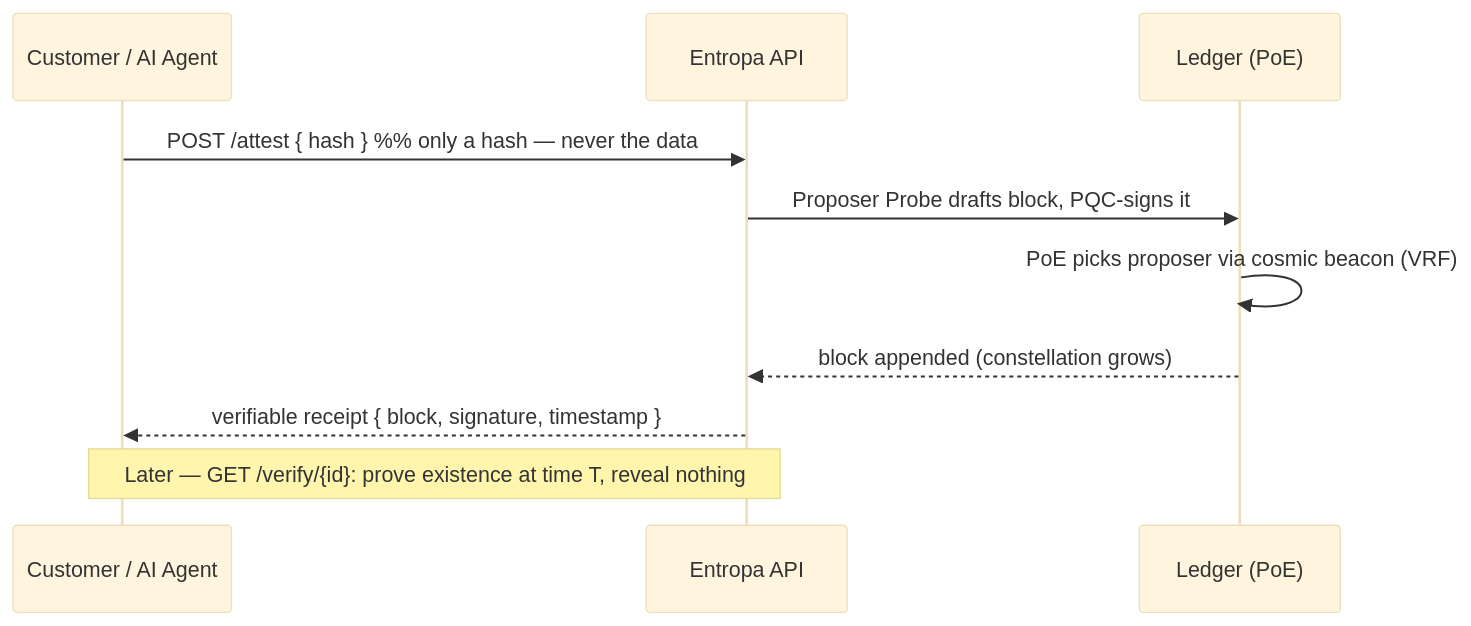
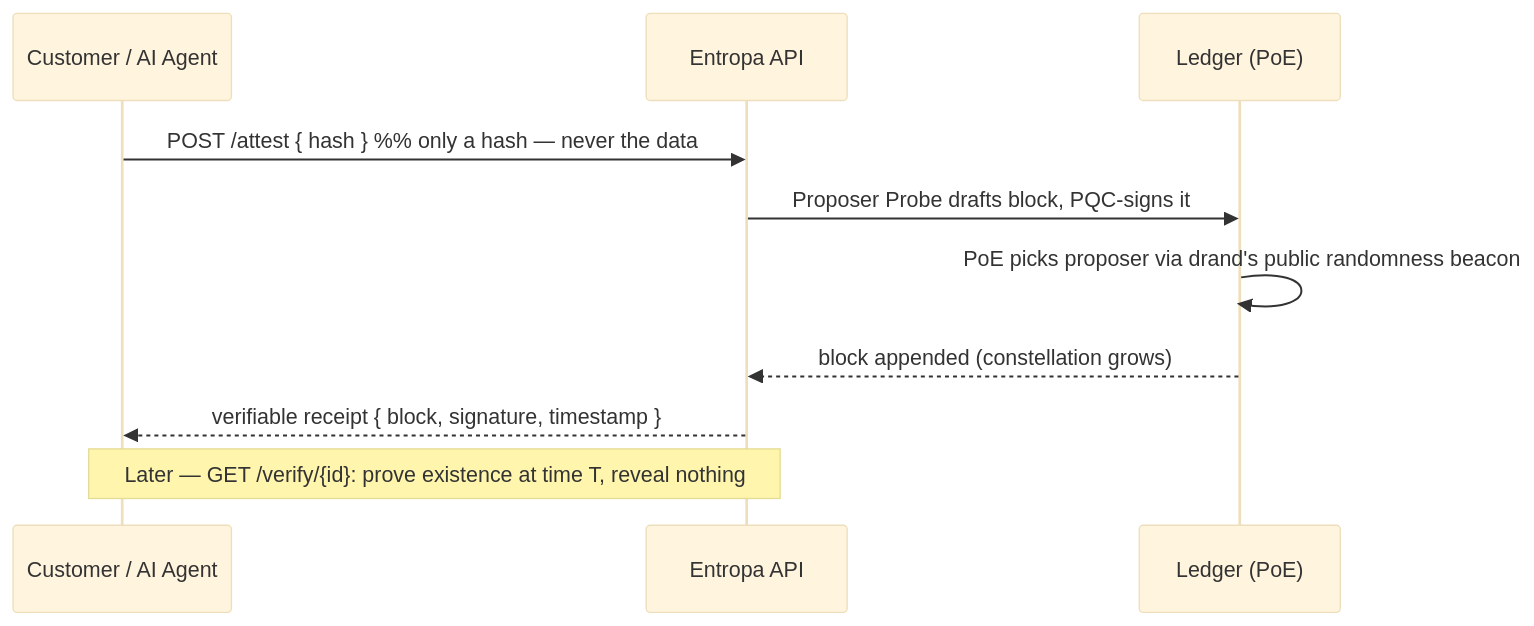
Before and after one commit to aimozart/entropa-public: the second of 2 diagrams in ARCHITECTURE.md, drawn with Mermaid (base theme). The commit also changed other lines of this file and 10 other files, not shown here.

````diff
--- a/ARCHITECTURE.md
+++ b/ARCHITECTURE.md
@@ -37,12 +37,12 @@
 ```mermaid
 sequenceDiagram
   participant C as Customer / AI Agent
   participant E as Entropa API
   participant L as Ledger (PoE)
   C->>E: POST /attest { hash }   %% only a hash — never the data
   E->>L: Proposer Probe drafts block, PQC-signs it
-  L->>L: PoE picks proposer via cosmic beacon (VRF)
+  L->>L: PoE picks proposer via drand's public randomness beacon
   L-->>E: block appended (constellation grows)
   E-->>C: verifiable receipt { block, signature, timestamp }
   Note over C,E: Later — GET /verify/{id}: prove existence at time T, reveal nothing
 ```
````
